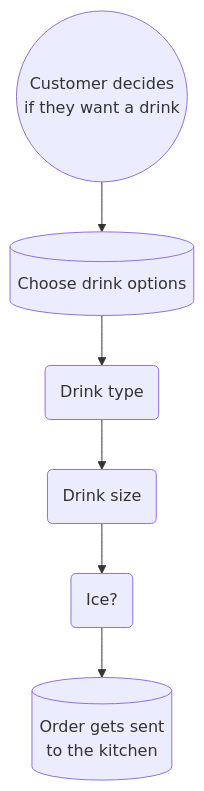
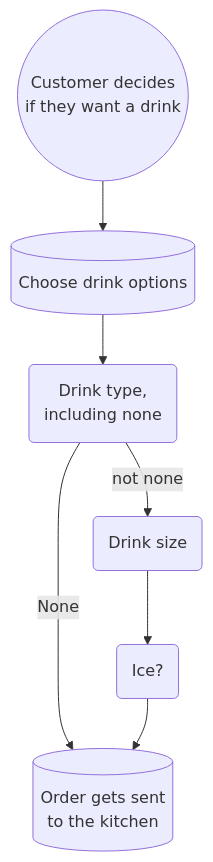
One commit to yusale9/student-showcase changed the third of 3 diagrams in student-work/2023/Jacob-Sacks/API-final-project/readme.md. Above: the diagram before and after it, drawn with Mermaid. The commit also changed other lines of this file, not shown here.

````diff
--- a/student-work/2023/Jacob-Sacks/API-final-project/readme.md
+++ b/student-work/2023/Jacob-Sacks/API-final-project/readme.md
@@ -42,10 +65,11 @@
 ```mermaid
 
 flowchart TD;
 A((Customer decides<br>if they want a drink))-->B[(Choose drink options)];
-B-->C(Drink type);
-C-->D(Drink size);
+B-->C(Drink type,<br>including none);
+C-- None -->F
+C-- not none -->D(Drink size);
 D-->E(Ice?);
 E-->F[(Order gets sent<br>to the kitchen)];
 
 ```
````
